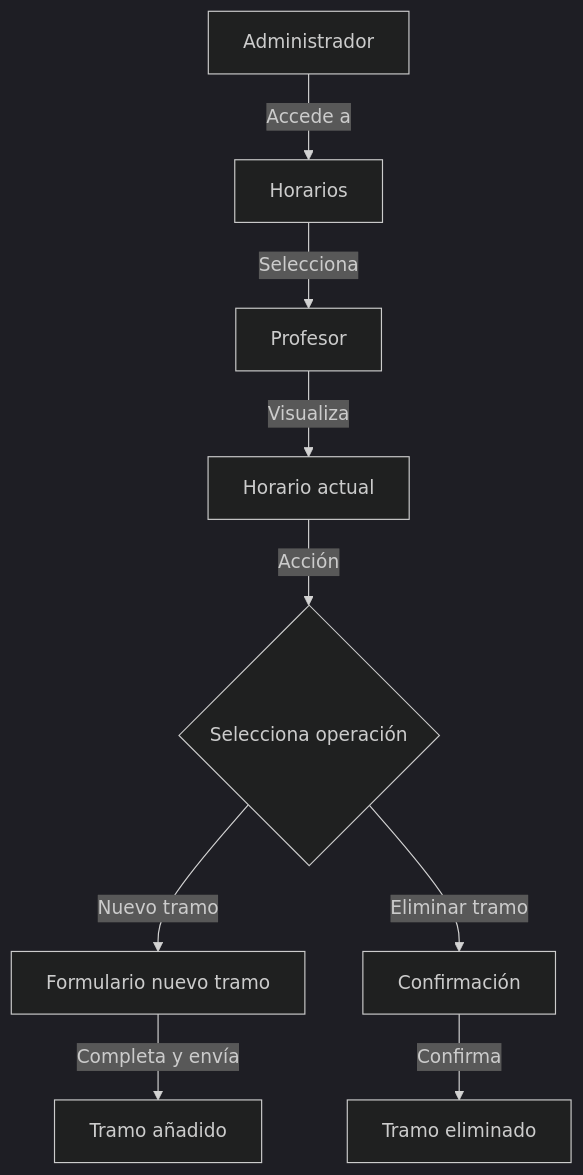
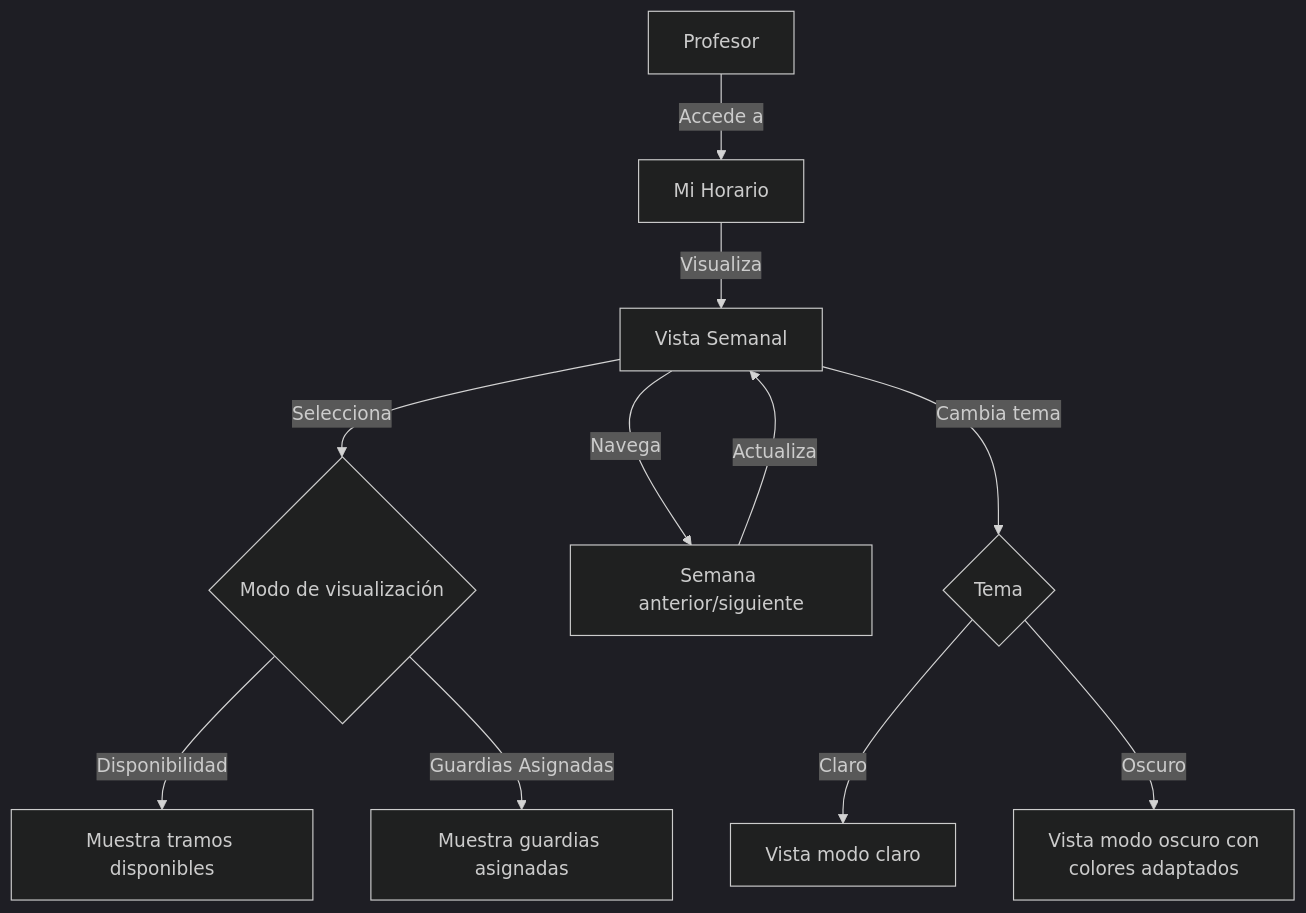
The ninth of 21 diagrams in doc/DIAGRAMAS-FLUJO.md (RGiskard7/gestion-guardias), drawn with Mermaid (dark theme) before and after one commit. The commit also changed other lines of this file and 7 other files, not shown here.

Commit message:
feat: implementa sistema de autenticación con bcrypt, mejora gestión de horarios y soluciona visualización en modo oscuro

````diff
--- a/doc/DIAGRAMAS-FLUJO.md
+++ b/doc/DIAGRAMAS-FLUJO.md
@@ -161,11 +198,13 @@
 ```mermaid
 flowchart TD
-    A[Administrador] -->|Accede a| B[Horarios]
-    B -->|Selecciona| C[Profesor]
-    C -->|Visualiza| D[Horario actual]
-    D -->|Acción| E{Selecciona operación}
-    E -->|Nuevo tramo| F[Formulario nuevo tramo]
-    E -->|Eliminar tramo| G[Confirmación]
-    F -->|Completa y envía| H[Tramo añadido]
-    G -->|Confirma| I[Tramo eliminado]
+    A[Profesor] -->|Accede a| B[Mi Horario]
+    B -->|Visualiza| C[Vista Semanal]
+    C -->|Selecciona| D{Modo de visualización}
+    D -->|Disponibilidad| E[Muestra tramos disponibles]
+    D -->|Guardias Asignadas| F[Muestra guardias asignadas]
+    C -->|Navega| G[Semana anterior/siguiente]
+    G -->|Actualiza| C
+    C -->|Cambia tema| H{Tema}
+    H -->|Claro| I[Vista modo claro]
+    H -->|Oscuro| J[Vista modo oscuro con\ncolores adaptados]
 ```
````
